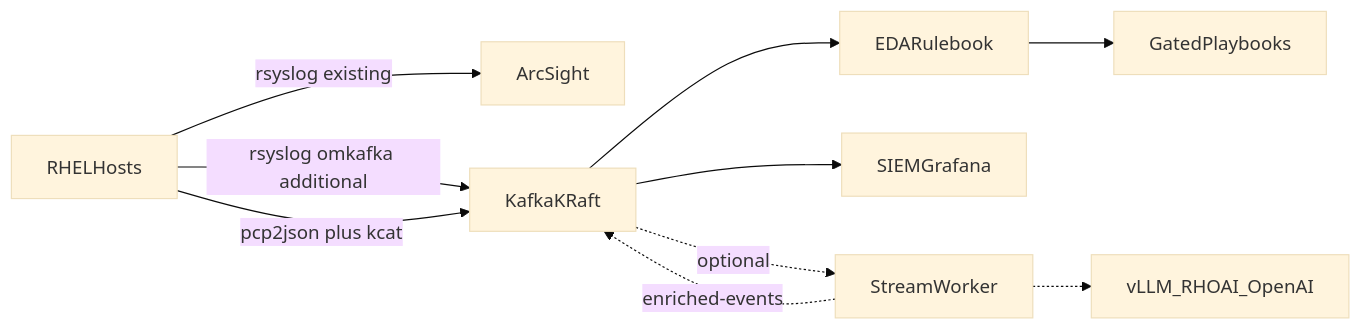
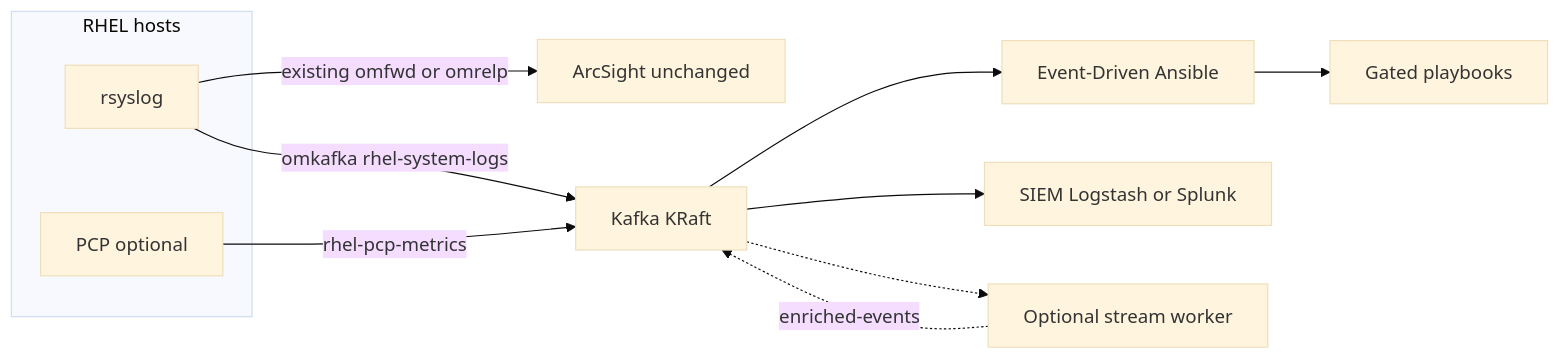
One commit to chrismulderza/logstream-kafka-eda-ai changed the diagram in docs/index.md. Above: the diagram before and after it, drawn with Mermaid (base theme). The commit also changed other lines of this file and 10 other files, not shown here.

````diff
--- a/docs/index.md
+++ b/docs/index.md
@@ -24,17 +31,21 @@
 ```mermaid
 flowchart LR
-  rhelHosts[RHELHosts]
-  arcsight[ArcSight]
-  kafka[KafkaKRaft]
-  eda[EDARulebook]
-  siem[SIEMGrafana]
-  rhelHosts -->|"rsyslog existing"| arcsight
-  rhelHosts -->|"rsyslog omkafka additional"| kafka
-  rhelHosts -->|"pcp2json plus kcat"| kafka
+  subgraph hosts [RHEL hosts]
+    rsyslog[rsyslog]
+    pcp[PCP optional]
+  end
+  arcsight[ArcSight unchanged]
+  kafka[Kafka KRaft]
+  eda[Event-Driven Ansible]
+  siem[SIEM Logstash or Splunk]
+  worker[Optional stream worker]
+  playbooks[Gated playbooks]
+  rsyslog -->|"existing omfwd or omrelp"| arcsight
+  rsyslog -->|"omkafka rhel-system-logs"| kafka
+  pcp -->|"rhel-pcp-metrics"| kafka
   kafka --> eda
   kafka --> siem
-  eda --> playbooks[GatedPlaybooks]
-  kafka -.->|optional| worker[StreamWorker]
+  eda --> playbooks
+  kafka -.-> worker
   worker -.->|"enriched-events"| kafka
-  worker -.-> inference[vLLM_RHOAI_OpenAI]
 ```
````
